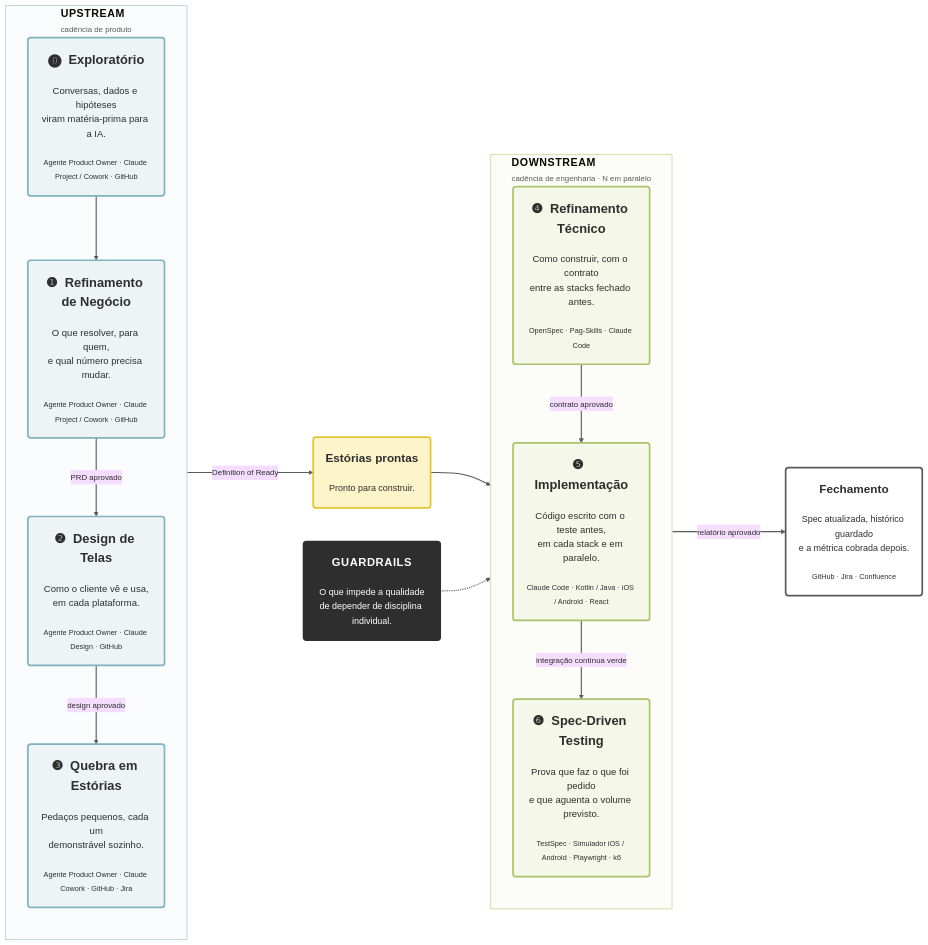
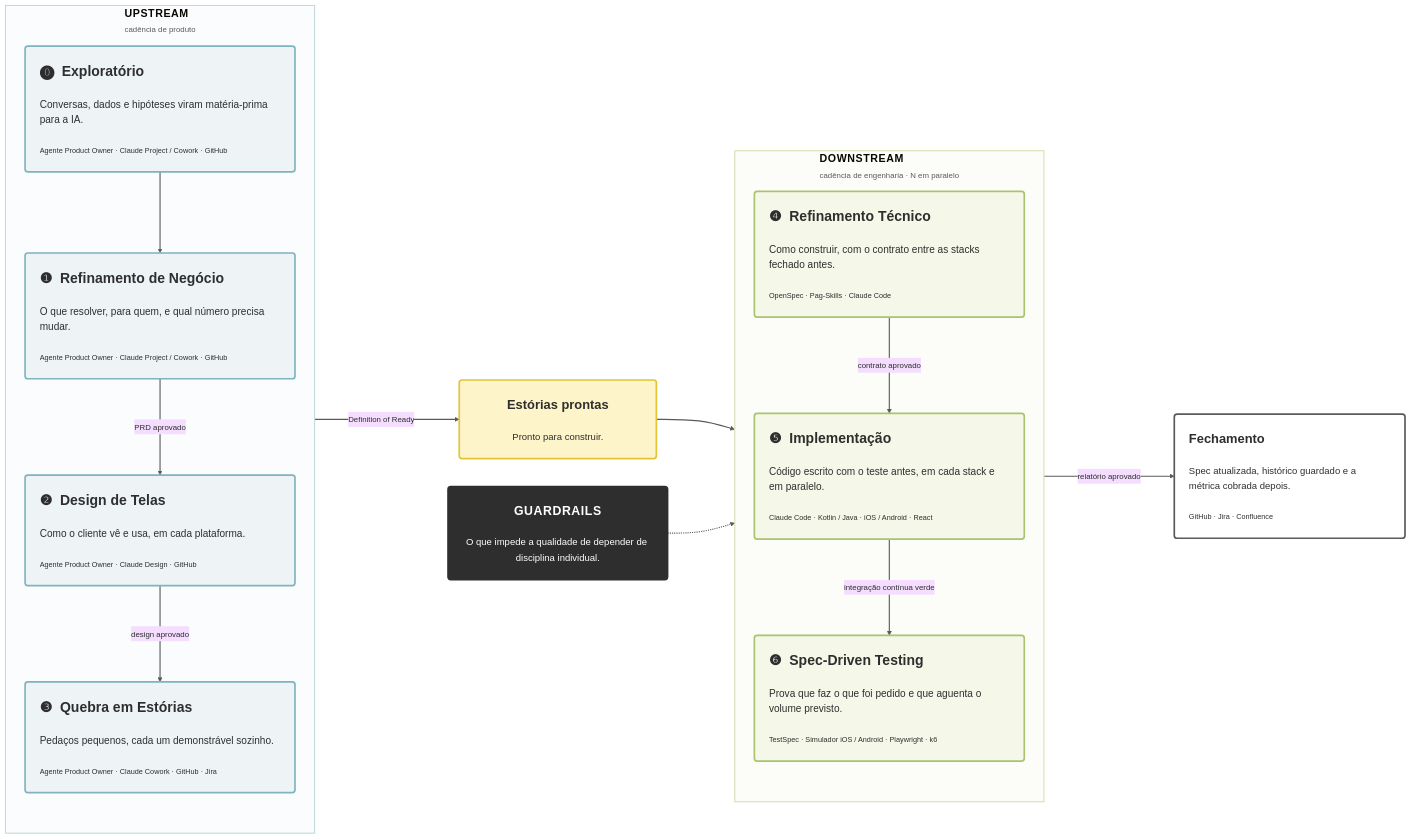
The first of 5 diagrams in workflow.md (diegolirio/workflow-ai-first), drawn with Mermaid before and after one commit.

````diff
--- a/workflow.md
+++ b/workflow.md
@@ -33,50 +33,50 @@
 ```mermaid
-%%{init: {"theme":"base","themeVariables":{"fontFamily":"Helvetica Neue, Helvetica, Arial, sans-serif","fontSize":"17px","lineColor":"#5A5A5A","primaryTextColor":"#2E2E2E"},"flowchart":{"htmlLabels":true,"curve":"basis","nodeSpacing":60,"rankSpacing":90,"padding":22}}}%%
+%%{init: {"theme":"base","themeVariables":{"fontFamily":"Helvetica Neue, Helvetica, Arial, sans-serif","fontSize":"18px","lineColor":"#5A5A5A","primaryTextColor":"#2E2E2E"},"flowchart":{"htmlLabels":true,"curve":"basis","nodeSpacing":50,"rankSpacing":120,"padding":26,"useMaxWidth":false}}}%%
 flowchart LR
     classDef up fill:#EEF4F6,stroke:#7FB3C0,stroke-width:3px,color:#2E2E2E
     classDef down fill:#F5F8E9,stroke:#A9C46C,stroke-width:3px,color:#2E2E2E
     classDef queue fill:#FDF4C9,stroke:#E3C534,stroke-width:3px,color:#2E2E2E
     classDef guard fill:#2E2E2E,stroke:#2E2E2E,stroke-width:3px,color:#FFFFFF
     classDef done fill:#FFFFFF,stroke:#5A5A5A,stroke-width:3px,color:#2E2E2E
 
     subgraph UP["<span style='font-size:19px;font-weight:700;letter-spacing:1px'>UPSTREAM</span><br/><span style='font-size:14px;color:#5A5A5A'>cadência de produto</span>"]
         direction TB
-        EX("<span style='font-size:23px;font-weight:700'>⓿&nbsp; Exploratório</span><br/><br/><span style='font-size:17px'>Conversas, dados e hipóteses<br/>viram matéria-prima para a IA.</span><br/><br/><span style='font-size:13px;color:#5A5A5A'>Agente Product Owner · Claude Project / Cowork · GitHub</span>")
-        RN("<span style='font-size:23px;font-weight:700'>❶&nbsp; Refinamento de Negócio</span><br/><br/><span style='font-size:17px'>O que resolver, para quem,<br/>e qual número precisa mudar.</span><br/><br/><span style='font-size:13px;color:#5A5A5A'>Agente Product Owner · Claude Project / Cowork · GitHub</span>")
-        TL("<span style='font-size:23px;font-weight:700'>❷&nbsp; Design de Telas</span><br/><br/><span style='font-size:17px'>Como o cliente vê e usa,<br/>em cada plataforma.</span><br/><br/><span style='font-size:13px;color:#5A5A5A'>Agente Product Owner · Claude Design · GitHub</span>")
-        QE("<span style='font-size:23px;font-weight:700'>❸&nbsp; Quebra em Estórias</span><br/><br/><span style='font-size:17px'>Pedaços pequenos, cada um<br/>demonstrável sozinho.</span><br/><br/><span style='font-size:13px;color:#5A5A5A'>Agente Product Owner · Claude Cowork · GitHub · Jira</span>")
+        EX("<span style='display:inline-block;width:430px;text-align:left;line-height:1.5'><span style='font-size:25px;font-weight:700'>⓿&nbsp;&nbsp;Exploratório</span><br/><br/><span style='font-size:18px'>Conversas, dados e hipóteses viram matéria-prima para a IA.</span><br/><br/><span style='font-size:13px;color:#5A5A5A'>Agente Product Owner · Claude Project / Cowork · GitHub</span></span>")
+        RN("<span style='display:inline-block;width:430px;text-align:left;line-height:1.5'><span style='font-size:25px;font-weight:700'>❶&nbsp;&nbsp;Refinamento de Negócio</span><br/><br/><span style='font-size:18px'>O que resolver, para quem, e qual número precisa mudar.</span><br/><br/><span style='font-size:13px;color:#5A5A5A'>Agente Product Owner · Claude Project / Cowork · GitHub</span></span>")
+        TL("<span style='display:inline-block;width:430px;text-align:left;line-height:1.5'><span style='font-size:25px;font-weight:700'>❷&nbsp;&nbsp;Design de Telas</span><br/><br/><span style='font-size:18px'>Como o cliente vê e usa, em cada plataforma.</span><br/><br/><span style='font-size:13px;color:#5A5A5A'>Agente Product Owner · Claude Design · GitHub</span></span>")
+        QE("<span style='display:inline-block;width:430px;text-align:left;line-height:1.5'><span style='font-size:25px;font-weight:700'>❸&nbsp;&nbsp;Quebra em Estórias</span><br/><br/><span style='font-size:18px'>Pedaços pequenos, cada um demonstrável sozinho.</span><br/><br/><span style='font-size:13px;color:#5A5A5A'>Agente Product Owner · Claude Cowork · GitHub · Jira</span></span>")
         EX --> RN
         RN -->|"<span style='font-size:14px'>PRD aprovado</span>"| TL
         TL -->|"<span style='font-size:14px'>design aprovado</span>"| QE
     end
 
-    FILA("<span style='font-size:21px;font-weight:700'>Estórias prontas</span><br/><br/><span style='font-size:16px'>Pronto para construir.</span>")
+    FILA("<span style='display:inline-block;width:300px;text-align:center;line-height:1.5'><span style='font-size:23px;font-weight:700'>Estórias prontas</span><br/><br/><span style='font-size:17px'>Pronto para construir.</span></span>")
 
     subgraph DOWN["<span style='font-size:19px;font-weight:700;letter-spacing:1px'>DOWNSTREAM</span><br/><span style='font-size:14px;color:#5A5A5A'>cadência de engenharia · N em paralelo</span>"]
         direction TB
-        RT("<span style='font-size:23px;font-weight:700'>❹&nbsp; Refinamento Técnico</span><br/><br/><span style='font-size:17px'>Como construir, com o contrato<br/>entre as stacks fechado antes.</span><br/><br/><span style='font-size:13px;color:#5A5A5A'>OpenSpec · Pag-Skills · Claude Code</span>")
-        IMPL("<span style='font-size:23px;font-weight:700'>❺&nbsp; Implementação</span><br/><br/><span style='font-size:17px'>Código escrito com o teste antes,<br/>em cada stack e em paralelo.</span><br/><br/><span style='font-size:13px;color:#5A5A5A'>Claude Code · Kotlin / Java · iOS / Android · React</span>")
-        TEST("<span style='font-size:23px;font-weight:700'>❻&nbsp; Spec-Driven Testing</span><br/><br/><span style='font-size:17px'>Prova que faz o que foi pedido<br/>e que aguenta o volume previsto.</span><br/><br/><span style='font-size:13px;color:#5A5A5A'>TestSpec · Simulador iOS / Android · Playwright · k6</span>")
+        RT("<span style='display:inline-block;width:430px;text-align:left;line-height:1.5'><span style='font-size:25px;font-weight:700'>❹&nbsp;&nbsp;Refinamento Técnico</span><br/><br/><span style='font-size:18px'>Como construir, com o contrato entre as stacks fechado antes.</span><br/><br/><span style='font-size:13px;color:#5A5A5A'>OpenSpec · Pag-Skills · Claude Code</span></span>")
+        IMPL("<span style='display:inline-block;width:430px;text-align:left;line-height:1.5'><span style='font-size:25px;font-weight:700'>❺&nbsp;&nbsp;Implementação</span><br/><br/><span style='font-size:18px'>Código escrito com o teste antes, em cada stack e em paralelo.</span><br/><br/><span style='font-size:13px;color:#5A5A5A'>Claude Code · Kotlin / Java · iOS / Android · React</span></span>")
+        TEST("<span style='display:inline-block;width:430px;text-align:left;line-height:1.5'><span style='font-size:25px;font-weight:700'>❻&nbsp;&nbsp;Spec-Driven Testing</span><br/><br/><span style='font-size:18px'>Prova que faz o que foi pedido e que aguenta o volume previsto.</span><br/><br/><span style='font-size:13px;color:#5A5A5A'>TestSpec · Simulador iOS / Android · Playwright · k6</span></span>")
         RT -->|"<span style='font-size:14px'>contrato aprovado</span>"| IMPL
         IMPL -->|"<span style='font-size:14px'>integração contínua verde</span>"| TEST
     end
 
-    GR("<span style='font-size:20px;font-weight:700;letter-spacing:1px'>GUARDRAILS</span><br/><br/><span style='font-size:16px'>O que impede a qualidade<br/>de depender de disciplina individual.</span>")
+    GR("<span style='display:inline-block;width:340px;text-align:center;line-height:1.5'><span style='font-size:22px;font-weight:700;letter-spacing:1px'>GUARDRAILS</span><br/><br/><span style='font-size:17px'>O que impede a qualidade de depender de disciplina individual.</span></span>")
 
-    FIM("<span style='font-size:21px;font-weight:700'>Fechamento</span><br/><br/><span style='font-size:16px'>Spec atualizada, histórico guardado<br/>e a métrica cobrada depois.</span><br/><br/><span style='font-size:13px;color:#5A5A5A'>GitHub · Jira · Confluence</span>")
+    FIM("<span style='display:inline-block;width:360px;text-align:left;line-height:1.5'><span style='font-size:23px;font-weight:700'>Fechamento</span><br/><br/><span style='font-size:17px'>Spec atualizada, histórico guardado e a métrica cobrada depois.</span><br/><br/><span style='font-size:13px;color:#5A5A5A'>GitHub · Jira · Confluence</span></span>")
 
     QE -->|"<span style='font-size:14px'>Definition of Ready</span>"| FILA
     FILA --> RT
     TEST -->|"<span style='font-size:14px'>relatório aprovado</span>"| FIM
     GR -.-> DOWN
 
     class EX,RN,TL,QE up
     class RT,IMPL,TEST down
     class FILA queue
     class GR guard
     class FIM done
 
     style UP fill:#FBFCFD,stroke:#C4D9E0,stroke-width:2px
     style DOWN fill:#FCFDF8,stroke:#D5E3B4,stroke-width:2px
     linkStyle default stroke:#5A5A5A,stroke-width:2px
 ```
````
